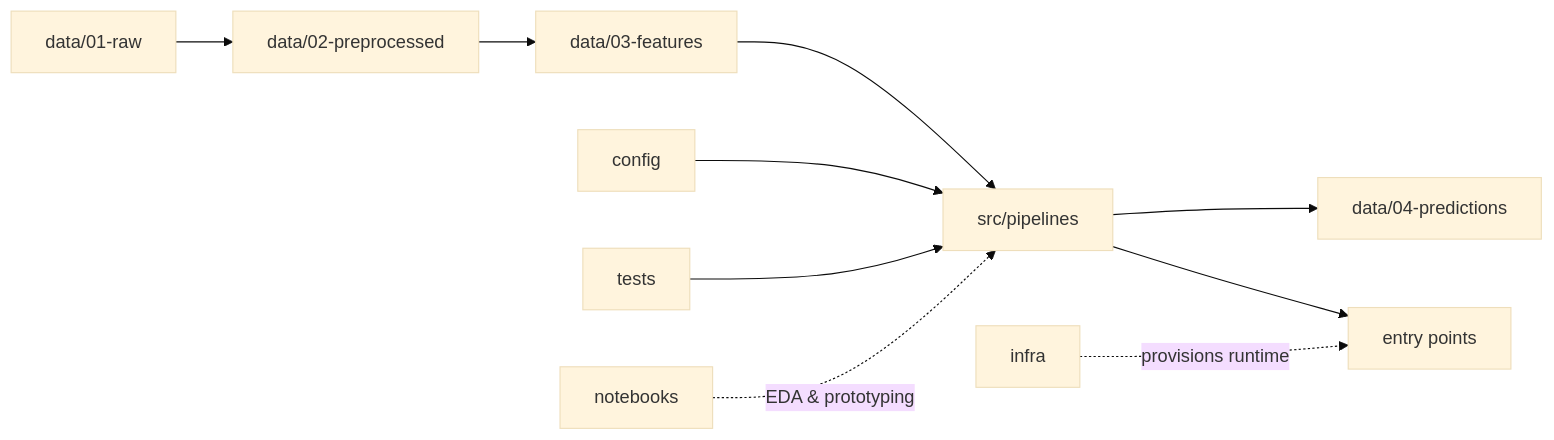
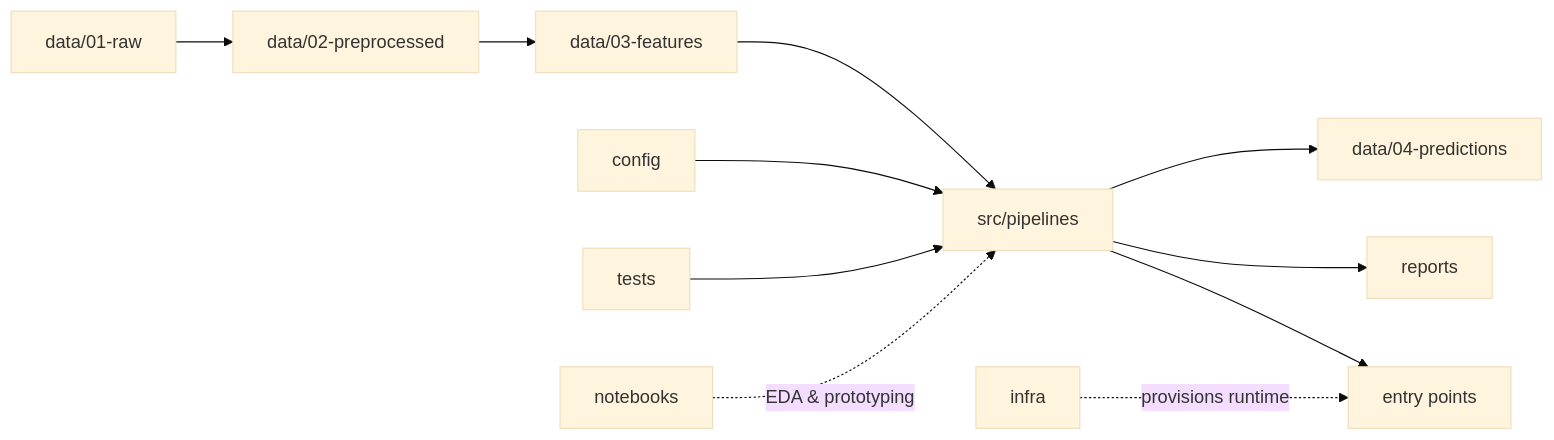
Before and after one commit to dmd0822/ml-cybersecurity_attacks: the diagram in README.md, drawn with Mermaid (base theme). The commit also changed other lines of this file and 1 other file, not shown here.

````diff
--- a/README.md
+++ b/README.md
@@ -33,12 +33,13 @@
 ```mermaid
 flowchart LR
   A[data/01-raw] --> B[data/02-preprocessed]
   B --> C[data/03-features]
   C --> D[src/pipelines]
   D --> E[data/04-predictions]
+  D --> K[reports]
   D --> F[entry points]
   G[config] --> D
   H[tests] --> D
   I[notebooks] -. EDA & prototyping .-> D
   J[infra] -. provisions runtime .-> F
 ```
````
